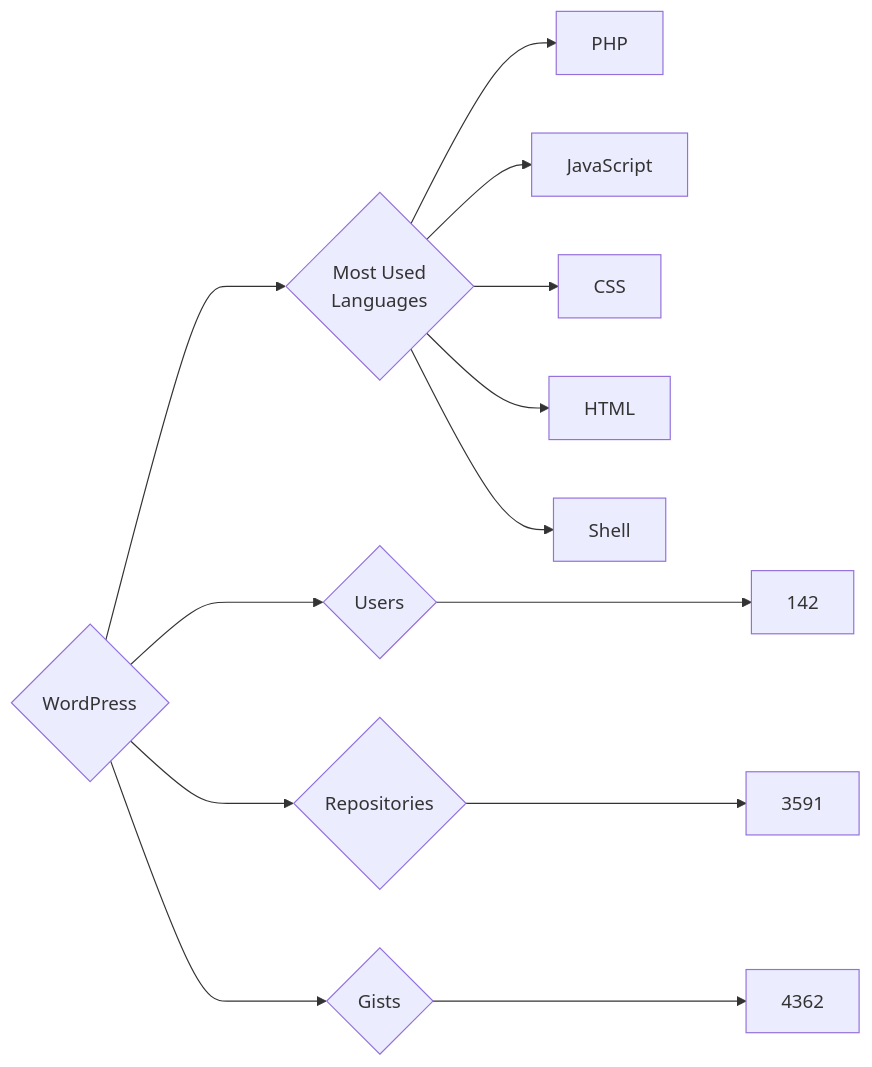
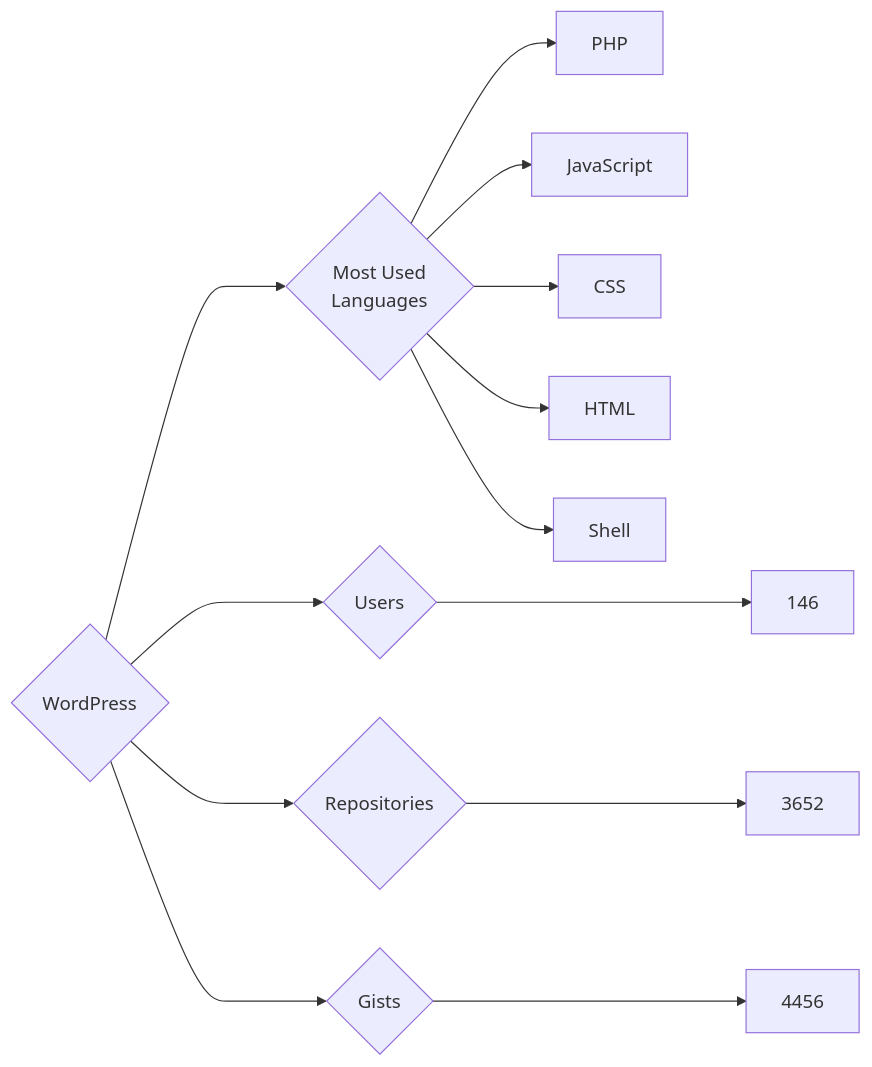
The diagram in targets/WordPress/README.md (trickest/insiders), drawn with Mermaid before and after one commit. The commit also changed 797 other files, not shown here.

````diff
--- a/targets/WordPress/README.md
+++ b/targets/WordPress/README.md
@@ -3,13 +3,13 @@
 ```mermaid
 graph LR
 COMPANY_NAME{WordPress}
-COMPANY_NAME ---> U{Users} ---> UN[142]
-COMPANY_NAME ---> R{Repositories} ---> RN[3591]
-COMPANY_NAME ---> G{Gists} ---> GN[4362]
+COMPANY_NAME ---> U{Users} ---> UN[146]
+COMPANY_NAME ---> R{Repositories} ---> RN[3652]
+COMPANY_NAME ---> G{Gists} ---> GN[4456]
 COMPANY_NAME ---> ML{Most Used<br>Languages}
 ML --> PHP[PHP]
 ML --> JavaScript[JavaScript]
 ML --> CSS[CSS]
 ML --> HTML[HTML]
 ML --> Shell[Shell]
 ```
````
